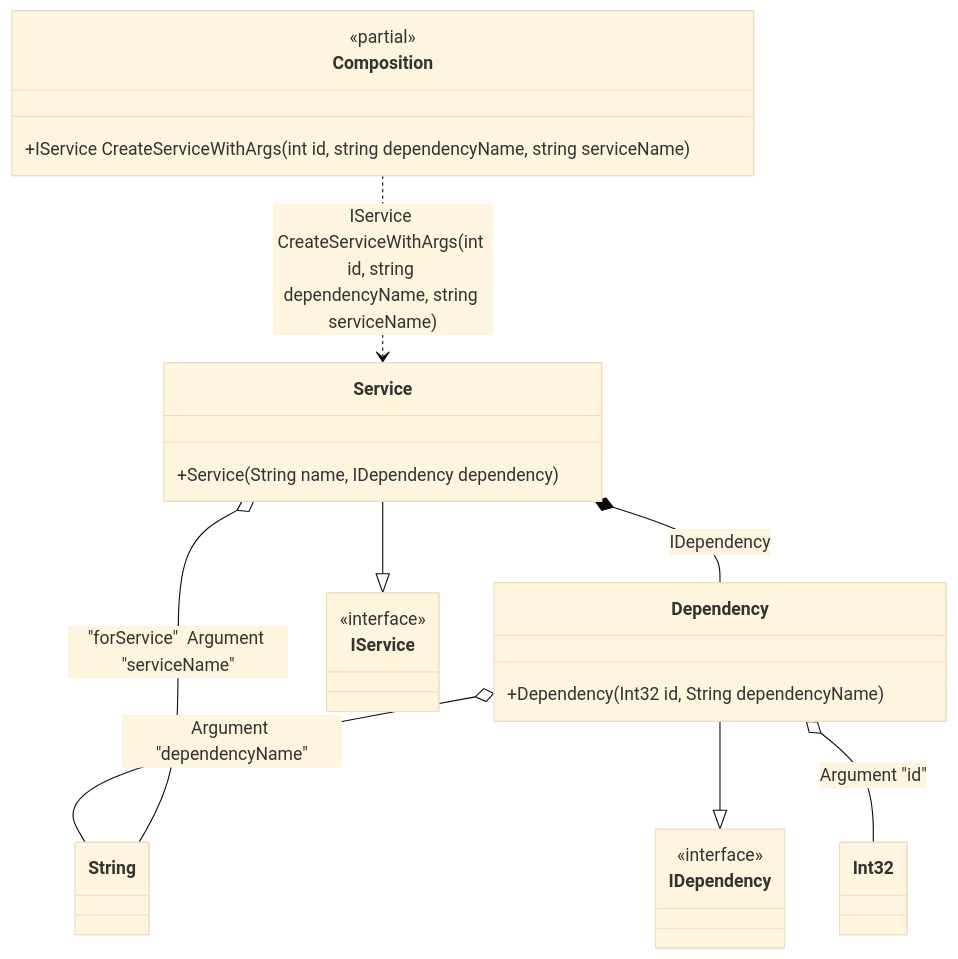
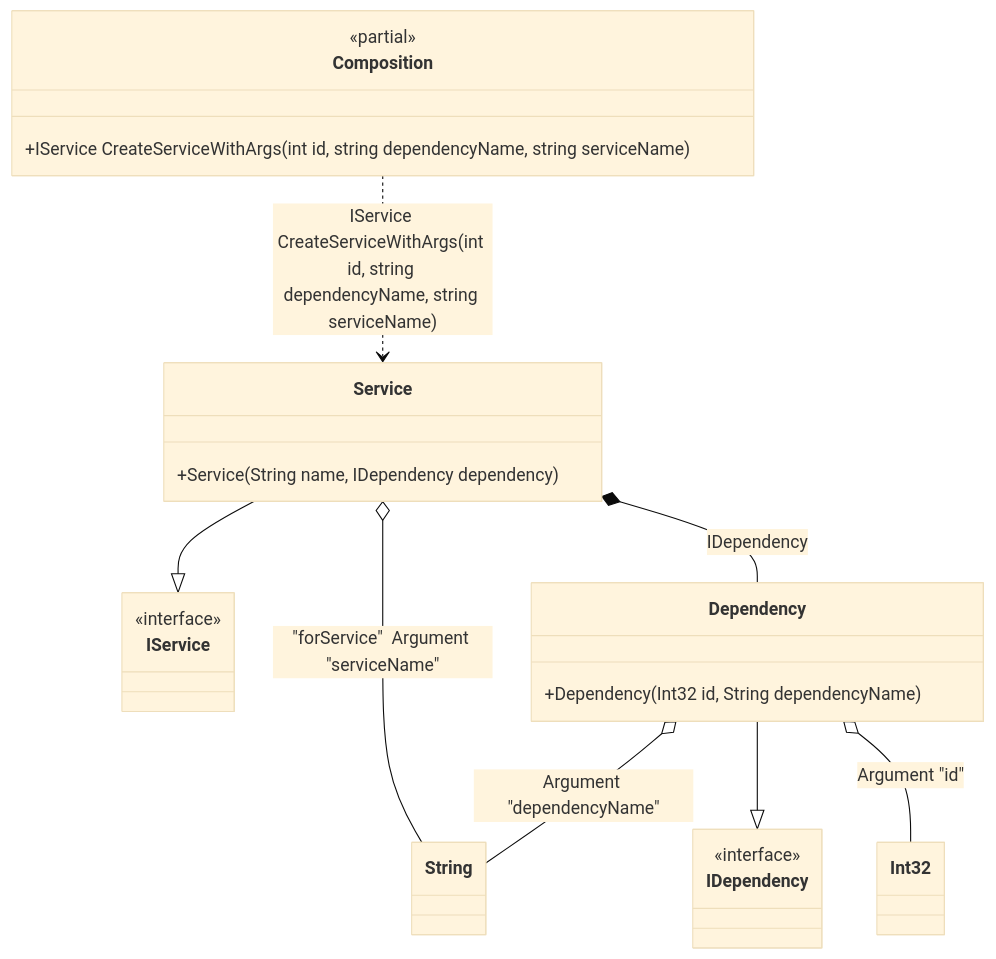
Before and after one commit to DevTeam/Pure.DI: the diagram in readme/root-arguments.md, drawn with Mermaid (base theme). The commit also changed other lines of this file and 92 other files, not shown here.

````diff
--- a/readme/root-arguments.md
+++ b/readme/root-arguments.md
@@ -100,28 +100,28 @@
 ```mermaid
 classDiagram
 	class Composition {
 		<<partial>>
 		+IService CreateServiceWithArgs(int id, string dependencyName, string serviceName)
 	}
+	Service --|> IService
+	class Service {
+		+Service(String name, IDependency dependency)
+	}
+	class String
 	Dependency --|> IDependency
 	class Dependency {
 		+Dependency(Int32 id, String dependencyName)
 	}
-	Service --|> IService
-	class Service {
-		+Service(String name, IDependency dependency)
+	class Int32
+	class IService {
+		<<interface>>
 	}
-	class Int32
-	class String
 	class IDependency {
 		<<interface>>
 	}
-	class IService {
-		<<interface>>
-	}
 	Composition ..> Service : IService CreateServiceWithArgs(int id, string dependencyName, string serviceName)
+	Service o-- String : "forService"  Argument "serviceName"
+	Service *--  Dependency : IDependency
 	Dependency o-- Int32 : Argument "id"
 	Dependency o-- String : Argument "dependencyName"
-	Service o-- String : "forService"  Argument "serviceName"
-	Service *--  Dependency : IDependency
 ```
````
